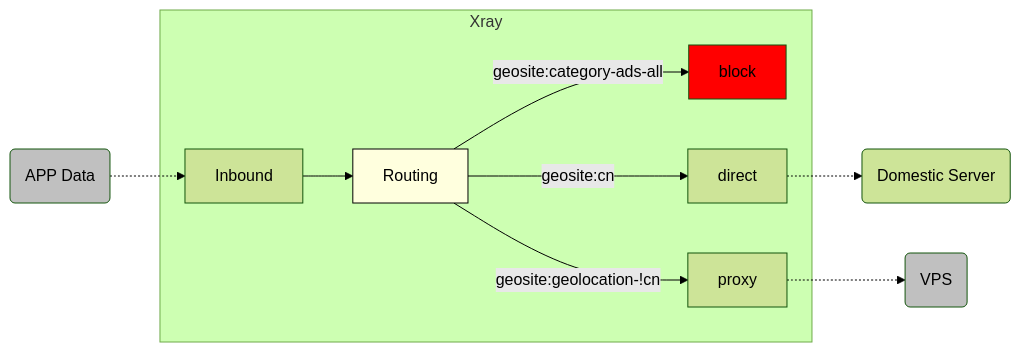
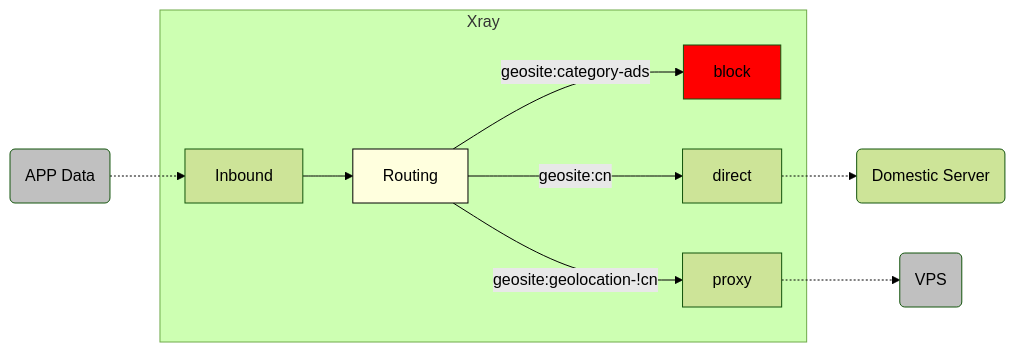
One commit to XTLS/Xray-docs-next changed the second of 4 diagrams in docs/en/document/level-1/routing-lv1-part1.md. Above: the diagram before and after it, drawn with Mermaid (forest theme). The commit also changed other lines of this file and 35 other files, not shown here.

````diff
--- a/docs/en/document/level-1/routing-lv1-part1.md
+++ b/docs/en/document/level-1/routing-lv1-part1.md
@@ -155,25 +155,25 @@
 ```mermaid
     graph LR;
 
     S(APP Data) .-> I[Inbound]
 
     subgraph Xray
-    I --> R[Routing] -- "geosite:category-ads-all" --> O1[block]
+    I --> R[Routing] -- "geosite:category-ads" --> O1[block]
     R[Routing] -- "geosite:cn" --> O2[direct]
     R[Routing] -- "geosite:geolocation-!cn" --> O3[proxy]
 
     end
 
     O2 .-> D(Domestic Server)
     O3 .-> V(VPS)
 
     O1:::redclass
     V:::greyclass
     S:::greyclass
     R:::routingclass
 
     classDef redclass fill:#FF0000
     classDef greyclass fill:#C0C0C0
     classDef routingclass fill:#FFFFDE,stroke:#000000
 
 ```
````
